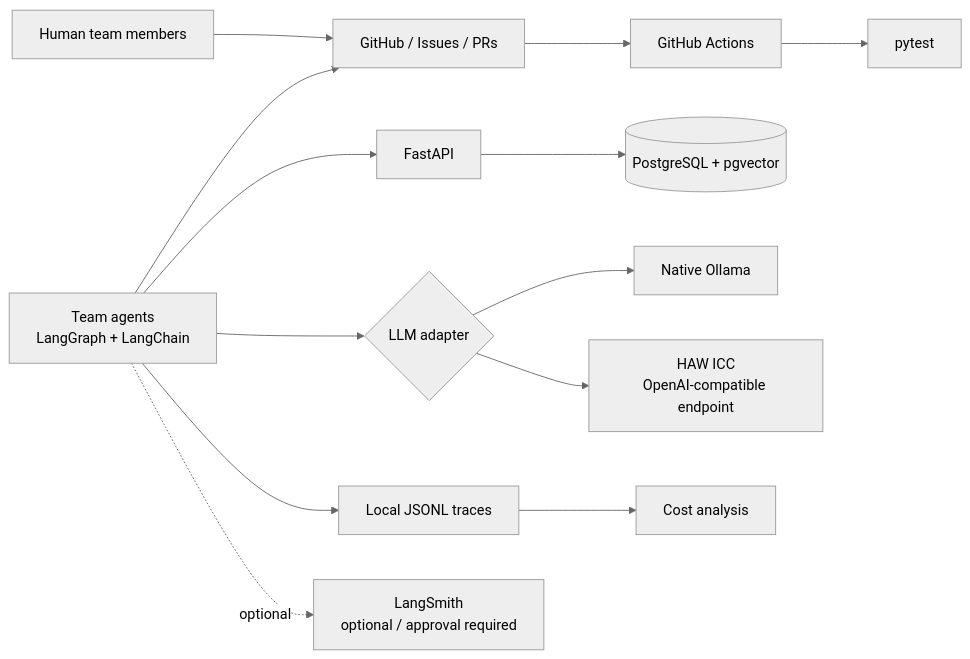
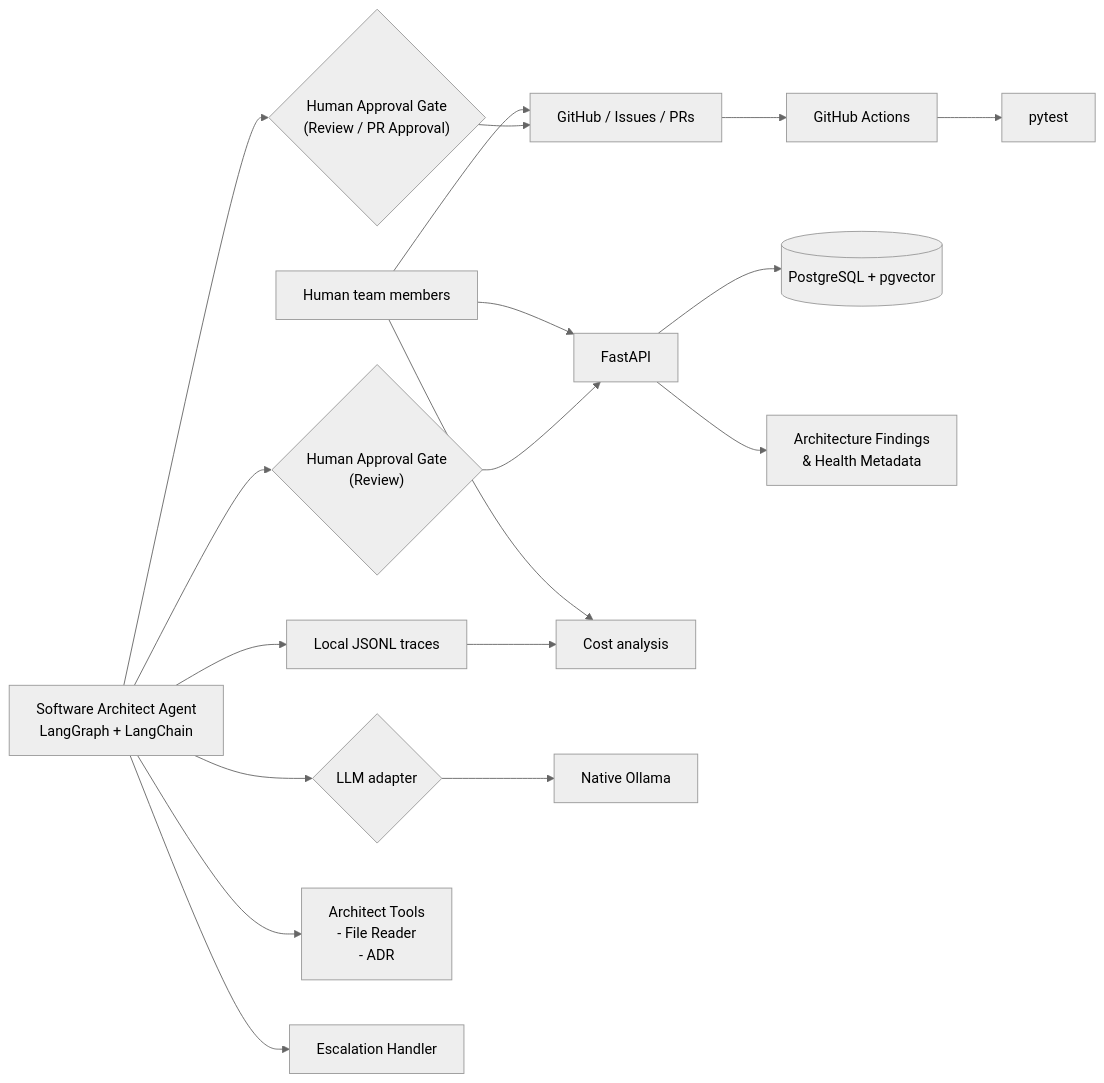
Before and after one commit to MARS-Group-HAW/agentic_ai: the diagram in docs/architecture.md, drawn with Mermaid (neutral theme). The commit also changed other lines of this file and 1 other file, not shown here.

Commit message:
Updated the company document with better wording and updated the architecture to reflect the new agent

````diff
--- a/docs/architecture.md
+++ b/docs/architecture.md
@@ -5,19 +5,24 @@
 ```mermaid
 flowchart LR
     Human[Human team members] --> GH[GitHub / Issues / PRs]
-    Agent[Team agents\nLangGraph + LangChain] --> GH
+    Agent1[Software Architect Agent\nLangGraph + LangChain] --> HG{"Human Approval Gate\n(Review / PR Approval)"}
+    HG --> GH
     GH --> CI[GitHub Actions]
     CI --> Tests[pytest]
 
     API[FastAPI] --> DB[(PostgreSQL + pgvector)]
-    Agent --> API
-    Agent --> LLM{LLM adapter}
-    LLM --> Ollama[Native Ollama]
-    LLM --> ICC[HAW ICC\nOpenAI-compatible endpoint]
+    Human --> API
+    Agent1 --> HAG{"Human Approval Gate\n(Review)"}
+    HAG --> API
+    API --> WorkItems["Architecture Findings\n& Health Metadata"]
 
-    Agent --> Trace[Local JSONL traces]
+    Human --> Cost[Cost analysis]
+    Agent1 --> Trace[Local JSONL traces]
     Trace --> Cost[Cost analysis]
 
-    LangSmith[LangSmith\noptional / approval required]
-    Agent -. optional .-> LangSmith
+    Agent1 --> LLM{LLM adapter}
+    LLM --> Ollama[Native Ollama]
+
+    Agent1 --> Tools["Architect Tools\n- File Reader\n- ADR"]
+    Agent1 --> EH["Escalation Handler"]
 ```
````
